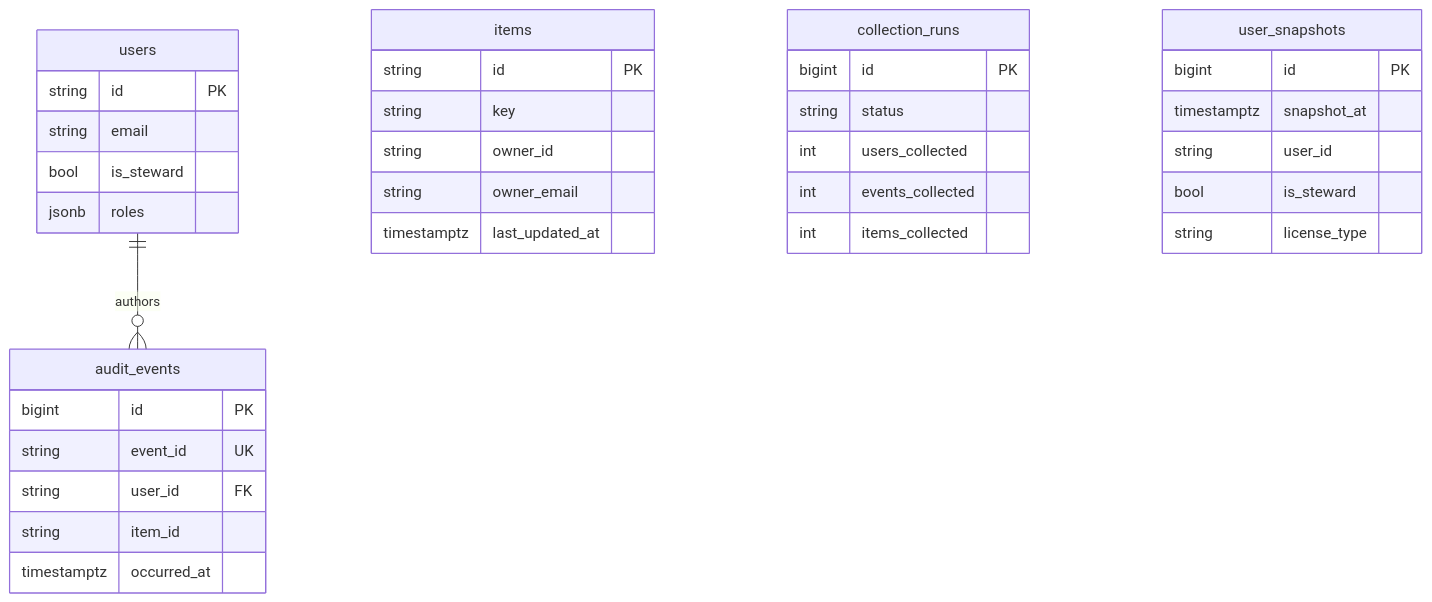
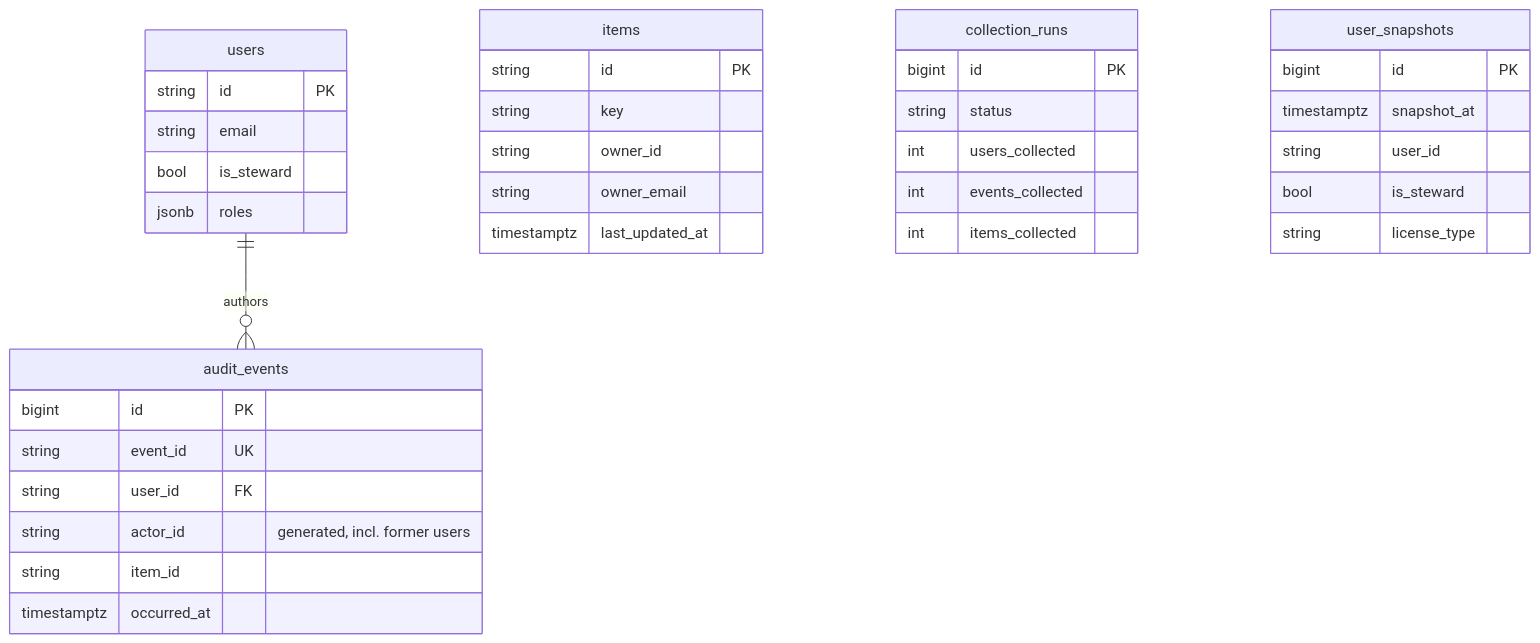
One commit to Zeenea-cs/data-intelligence-usage-analytics changed the third of 3 diagrams in README.md. Above: the diagram before and after it, drawn with Mermaid. The commit also changed other lines of this file and 6 other files, not shown here.

````diff
--- a/README.md
+++ b/README.md
@@ -78,38 +78,39 @@
 ```mermaid
 erDiagram
   users ||--o{ audit_events : "authors"
   users {
     string id PK
     string email
     bool is_steward
     jsonb roles
   }
   audit_events {
     bigint id PK
     string event_id UK
     string user_id FK
+    string actor_id "generated, incl. former users"
     string item_id
     timestamptz occurred_at
   }
   items {
     string id PK
     string key
     string owner_id
     string owner_email
     timestamptz last_updated_at
   }
   collection_runs {
     bigint id PK
     string status
     int users_collected
     int events_collected
     int items_collected
   }
   user_snapshots {
     bigint id PK
     timestamptz snapshot_at
     string user_id
     bool is_steward
     string license_type
   }
 ```
````
